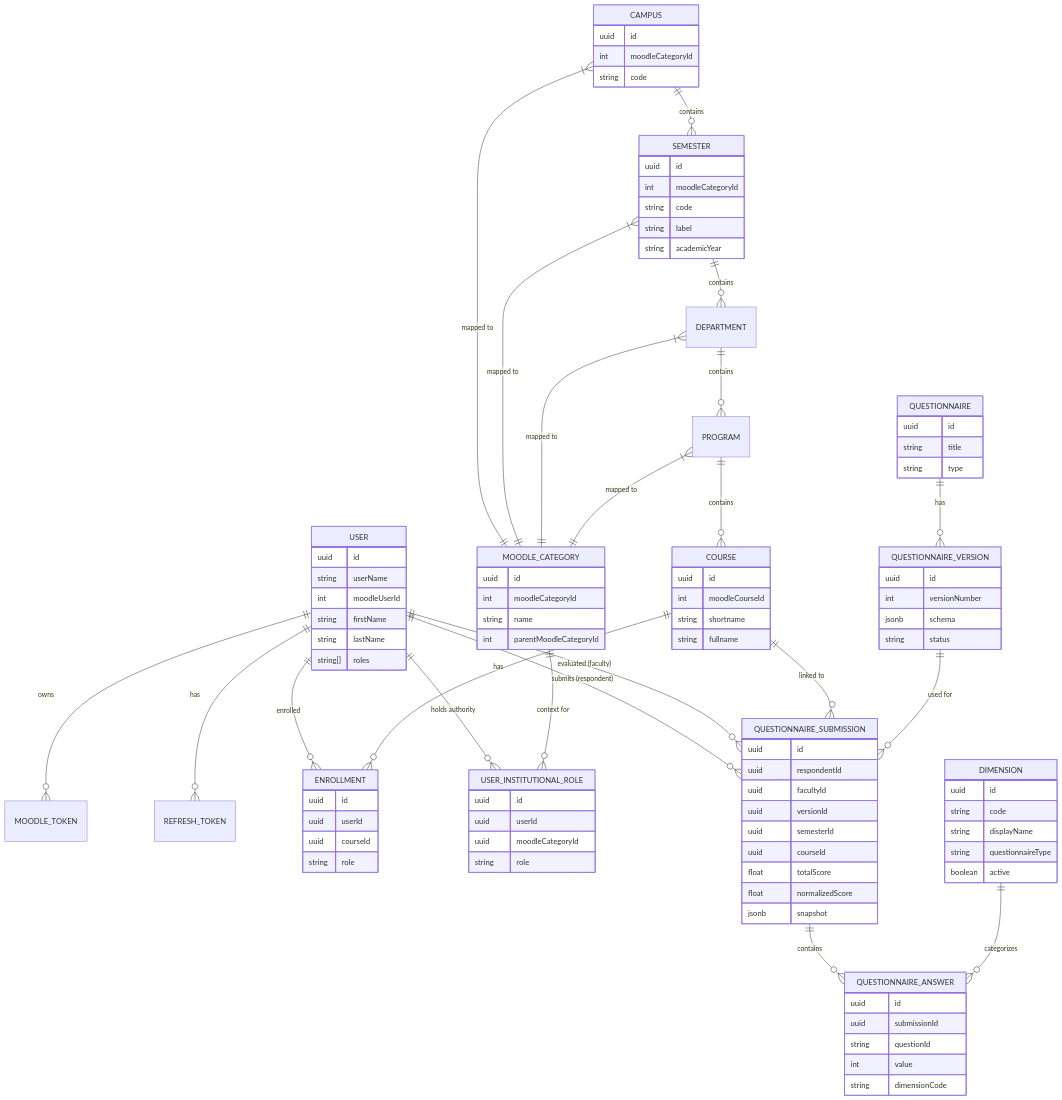
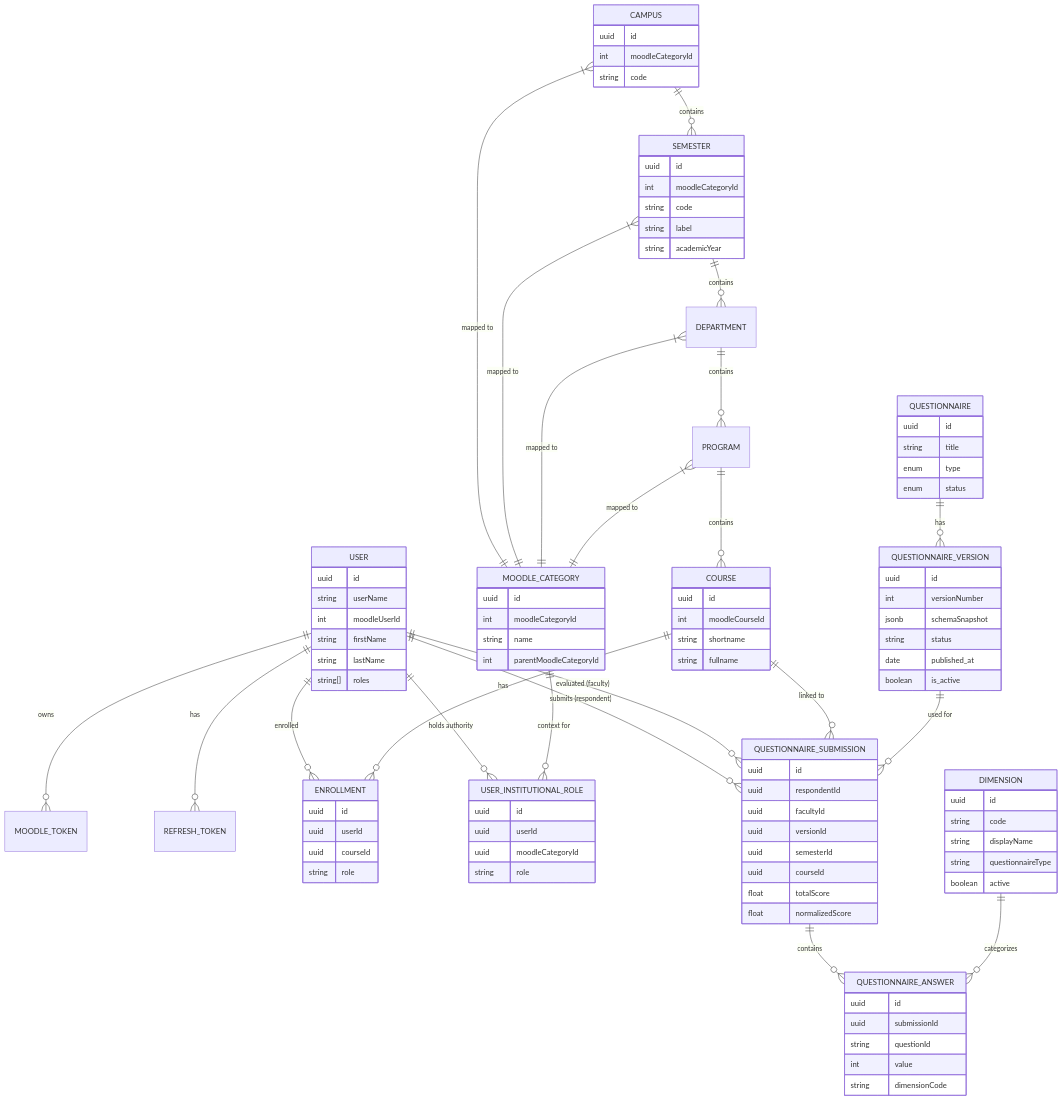
The diagram in docs/architecture/data-model.md (CtrlAltElite-Devs/api.faculytics), drawn with Mermaid before and after one commit. The commit also changed 244 other files, not shown here.

```diff
--- a/docs/architecture/data-model.md
+++ b/docs/architecture/data-model.md
@@ -84,14 +84,17 @@
     QUESTIONNAIRE {
         uuid id
         string title
-        string type
+        enum type
+        enum status
     }
 
     QUESTIONNAIRE_VERSION {
         uuid id
         int versionNumber
-        jsonb schema
+        jsonb schemaSnapshot
         string status
+        date published_at
+        boolean is_active
     }
 
     QUESTIONNAIRE_SUBMISSION {
@@ -103,7 +106,6 @@
         uuid courseId
         float totalScore
         float normalizedScore
-        jsonb snapshot
     }
 
     QUESTIONNAIRE_ANSWER {
```
